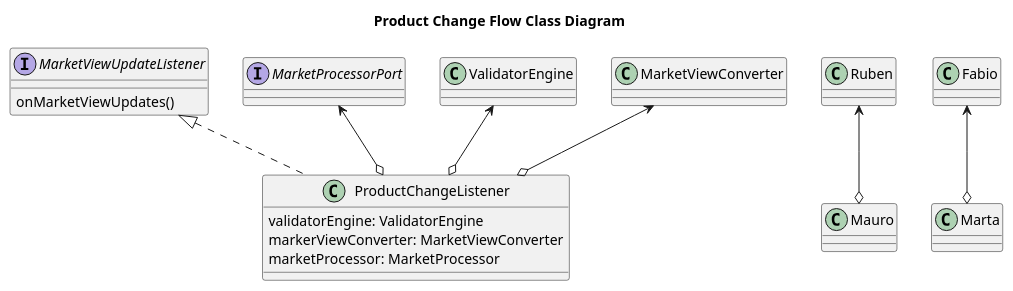
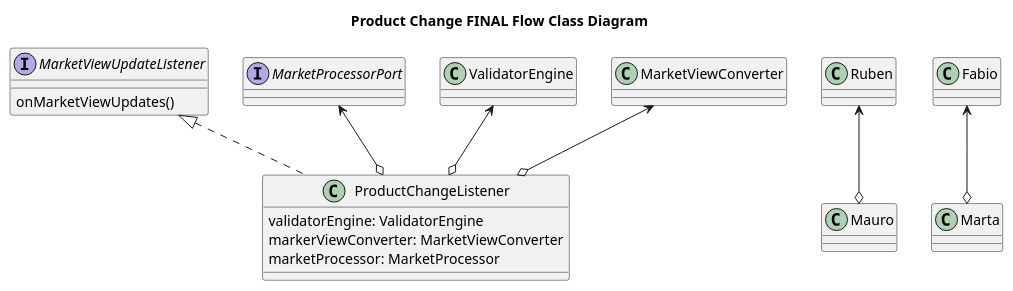
Before and after one commit to freitasm2/github-pages-with-jekyll: the diagram in docs/src/diagrams/productchange.puml, drawn with PlantUML.

Commit message:
changes diagram

```diff
--- a/docs/src/diagrams/productchange.puml
+++ b/docs/src/diagrams/productchange.puml
@@ -1,26 +1,26 @@
 @startuml
 skinparam backgroundColor white
 
-title Product Change Flow Class Diagram
+title Product Change FINAL Flow Class Diagram
 
 class ProductChangeListener{
 validatorEngine: ValidatorEngine
 markerViewConverter: MarketViewConverter
 marketProcessor: MarketProcessor
 }
 
 interface MarketViewUpdateListener{
 onMarketViewUpdates()
 }
 
 interface MarketProcessorPort{
 }
 
 MarketViewUpdateListener <|.. ProductChangeListener
 ValidatorEngine <--o ProductChangeListener
 MarketViewConverter <--o ProductChangeListener
 MarketProcessorPort <--o ProductChangeListener
 Ruben <--o Mauro
 Fabio <--o Marta
 
 @enduml
```
